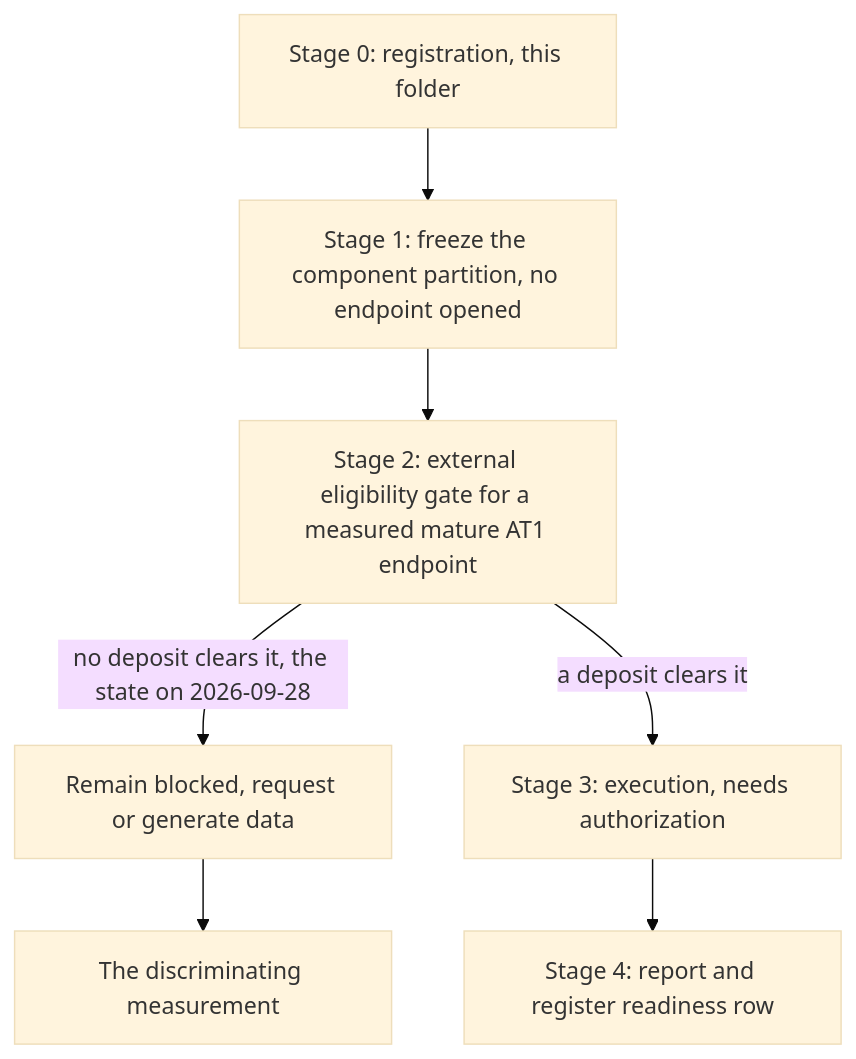
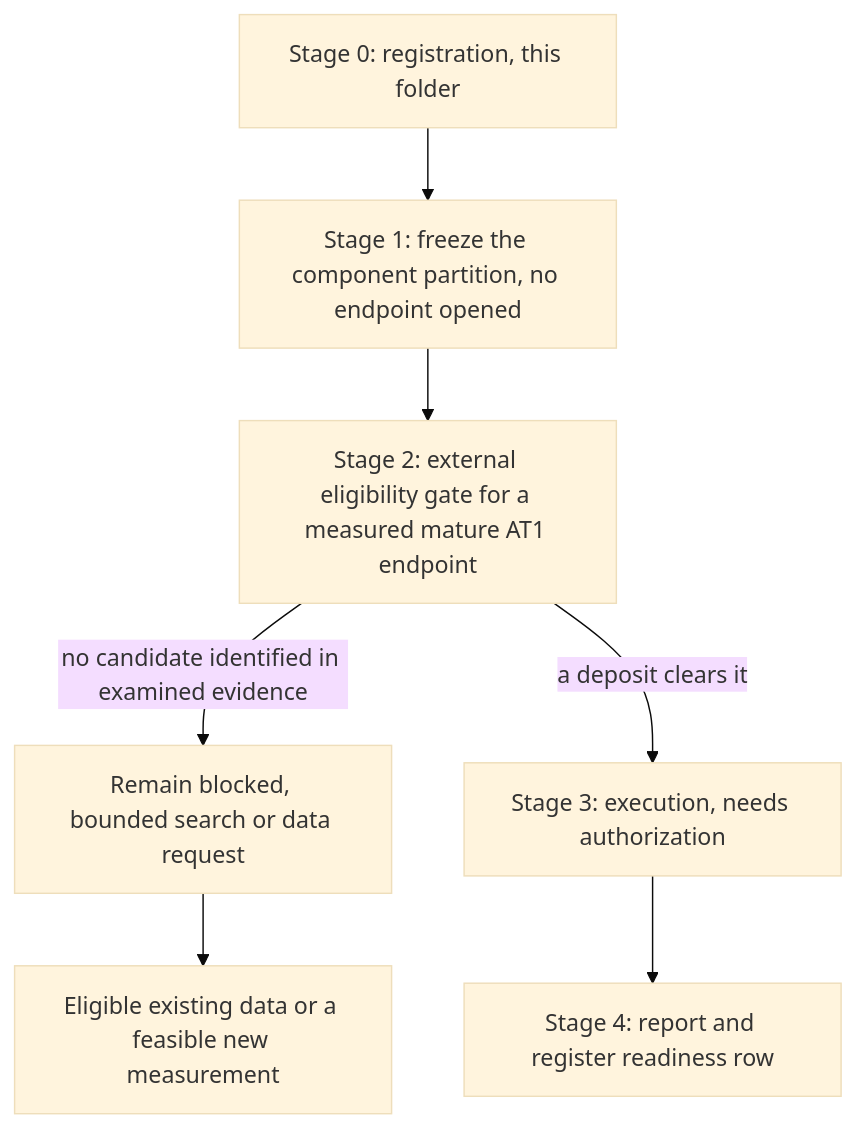
Before and after one commit to xorca0711/ravel: the diagram in RQ_Specified/A8_maturation_component_at1_contribution/PLAN.md, drawn with Mermaid (base theme). The commit also changed other lines of this file and 25 other files, not shown here.

````diff
--- a/RQ_Specified/A8_maturation_component_at1_contribution/PLAN.md
+++ b/RQ_Specified/A8_maturation_component_at1_contribution/PLAN.md
@@ -10,9 +14,9 @@
 ```mermaid
 flowchart TB
     S0[Stage 0: registration, this folder] --> S1[Stage 1: freeze the component partition, no endpoint opened]
     S1 --> S2[Stage 2: external eligibility gate for a measured mature AT1 endpoint]
-    S2 -->|no deposit clears it, the state on 2026-09-28| BLOCK[Remain blocked, request or generate data]
+    S2 -->|no candidate identified in examined evidence| BLOCK[Remain blocked, bounded search or data request]
     S2 -->|a deposit clears it| S3[Stage 3: execution, needs authorization]
     S3 --> S4[Stage 4: report and register readiness row]
-    BLOCK --> W[The discriminating measurement]
+    BLOCK --> W[Eligible existing data or a feasible new measurement]
 ```
````
